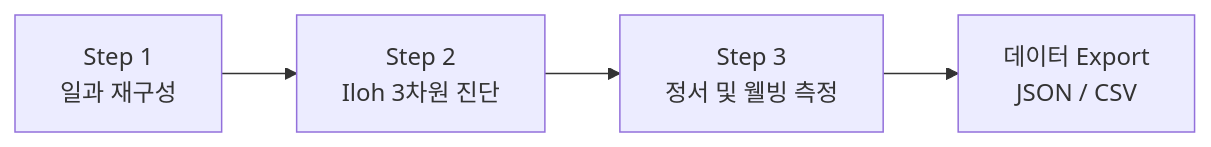
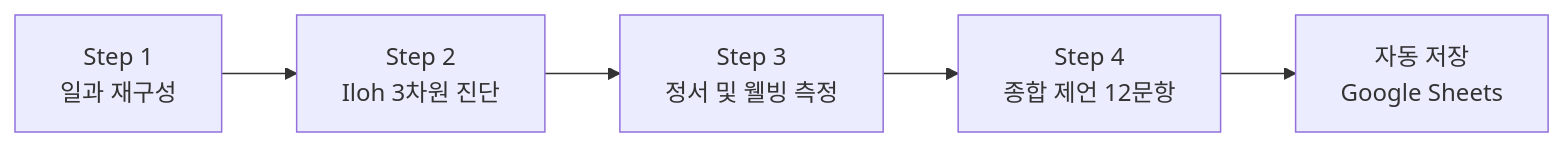
One commit to edu-data/DRM changed the second of 2 diagrams in README.md. Above: the diagram before and after it, drawn with Mermaid. The commit also changed other lines of this file, not shown here.

````diff
--- a/README.md
+++ b/README.md
@@ -119,6 +179,7 @@
 ```mermaid
 flowchart LR
   A[Step 1<br/>일과 재구성] --> B[Step 2<br/>Iloh 3차원 진단]
   B --> C[Step 3<br/>정서 및 웰빙 측정]
-  C --> D[데이터 Export<br/>JSON / CSV]
+  C --> D[Step 4<br/>종합 제언 12문항]
+  D --> E[자동 저장<br/>Google Sheets]
 ```
````
